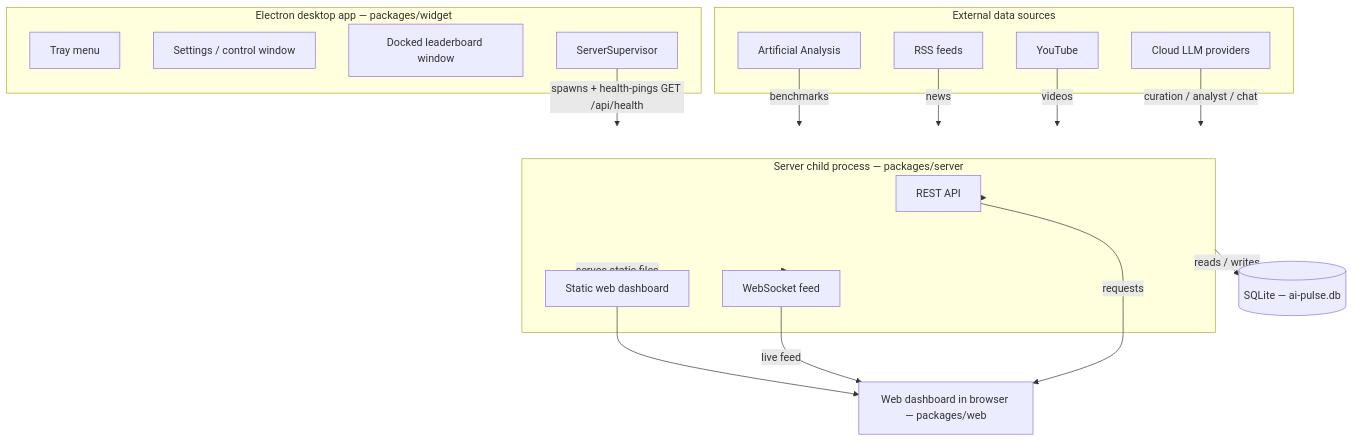
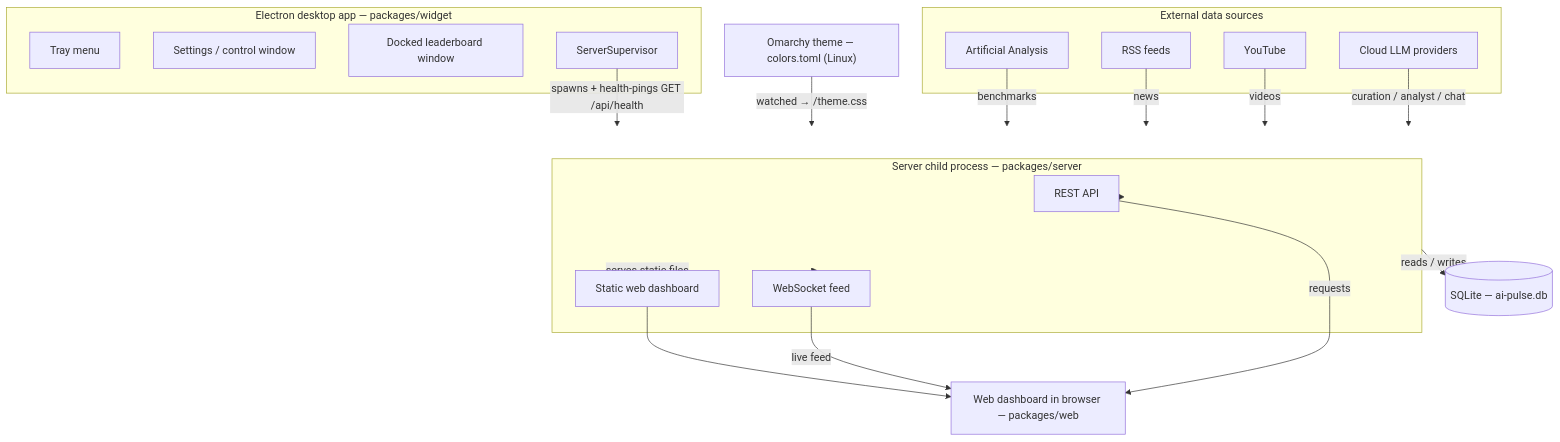
The diagram in docs/ARCHITECTURE.md (FernandoSLuz/ai-pulse), drawn with Mermaid before and after one commit. The commit also changed other lines of this file and 15 other files, not shown here.

First line of the commit message:
docs: Linux/Omarchy install, configuration, operations, troubleshooting, releasing; bump 1.1.0-rc.1

````diff
--- a/docs/ARCHITECTURE.md
+++ b/docs/ARCHITECTURE.md
@@ -61,36 +65,38 @@
 ```mermaid
 flowchart TD
     subgraph Electron["Electron desktop app — packages/widget"]
         Tray["Tray menu"]
         Settings["Settings / control window"]
         Leaderboard["Docked leaderboard window"]
         Supervisor["ServerSupervisor"]
     end
 
     subgraph Server["Server child process — packages/server"]
         REST["REST API"]
         WS["WebSocket feed"]
         StaticWeb["Static web dashboard"]
     end
 
     DB[("SQLite — ai-pulse.db")]
     Browser["Web dashboard in browser — packages/web"]
+    Theme["Omarchy theme — colors.toml (Linux)"]
 
     subgraph Sources["External data sources"]
         AA["Artificial Analysis"]
         RSS["RSS feeds"]
         YT["YouTube"]
         LLM["Cloud LLM providers"]
     end
 
     Supervisor -- "spawns + health-pings GET /api/health" --> Server
     Server -- "reads / writes" --> DB
     Server -- "serves static files" --> StaticWeb --> Browser
     Server --> WS -- "live feed" --> Browser
     Server --> REST -- "requests" --> Browser
+    Theme -- "watched → /theme.css" --> Server
 
     AA -- "benchmarks" --> Server
     RSS -- "news" --> Server
     YT -- "videos" --> Server
     LLM -- "curation / analyst / chat" --> Server
 ```
````
